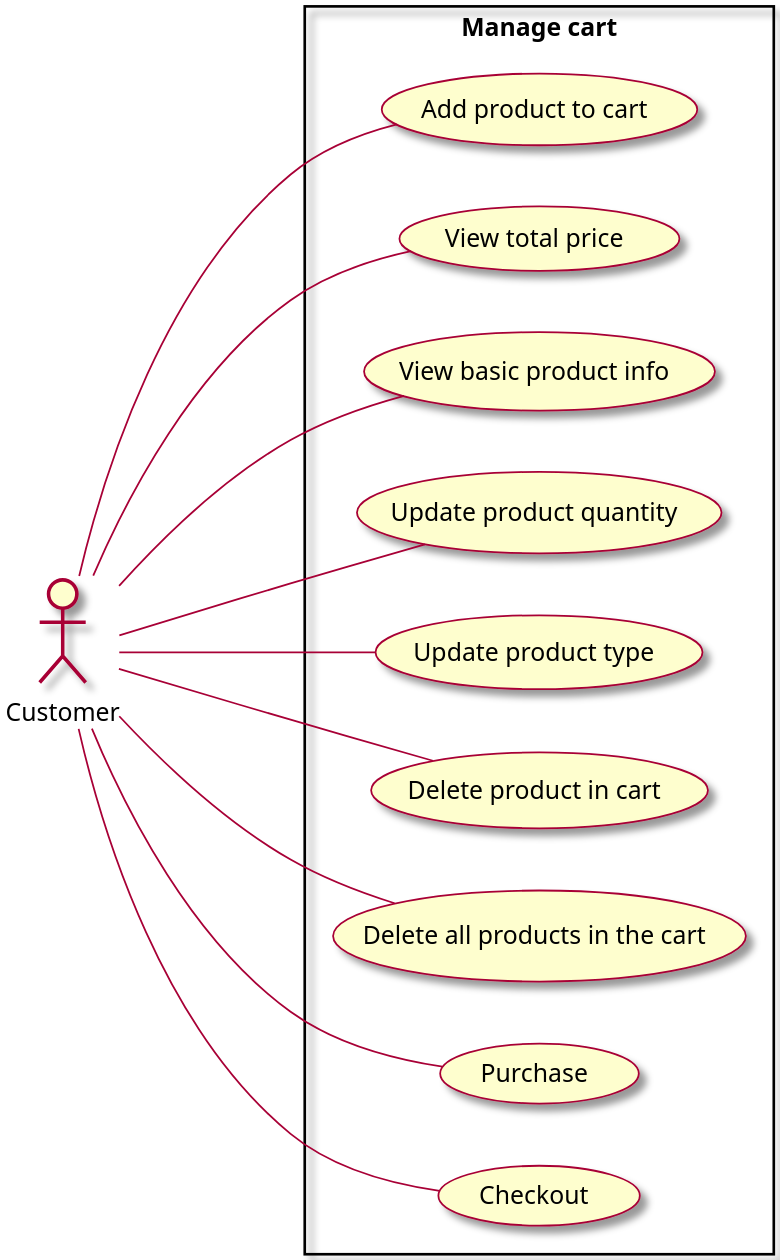
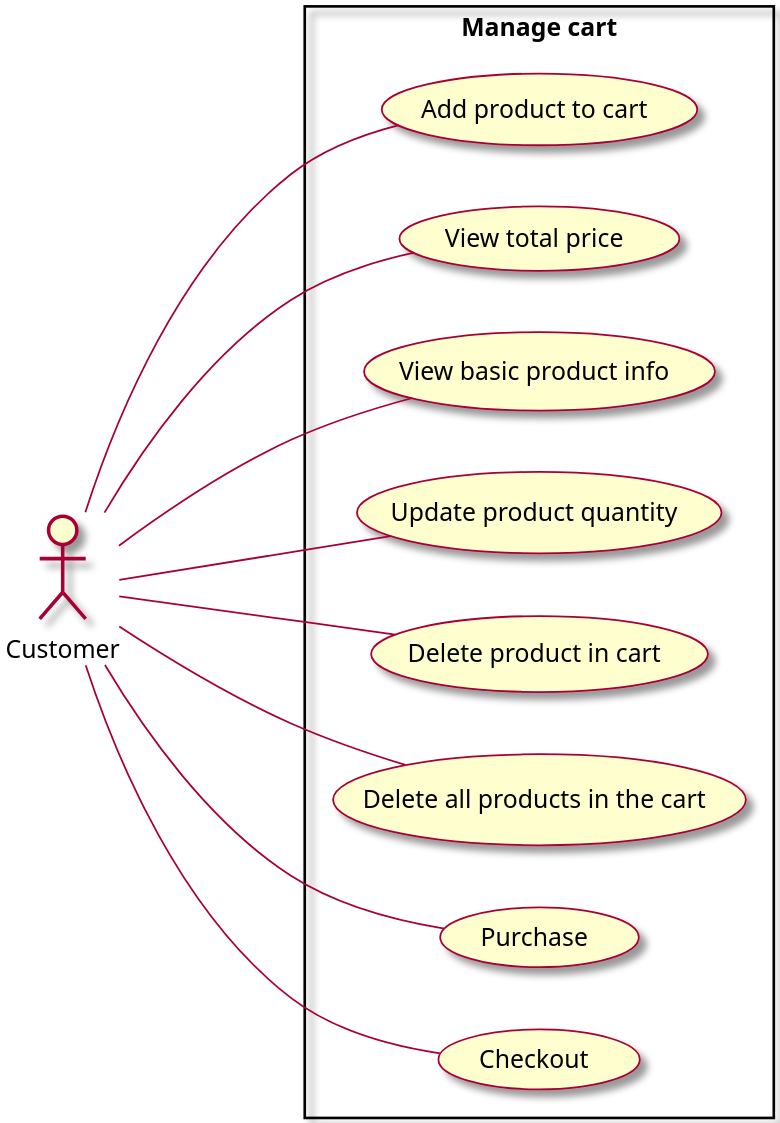
The diagram in Usecase/2. ManageCart.puml (Marowota/ecommerce-plantuml), drawn with PlantUML before and after one commit. The commit also changed 10 other files, not shown here.

```diff
--- a/Usecase/2. ManageCart.puml
+++ b/Usecase/2. ManageCart.puml
@@ -1,31 +1,29 @@
 @startuml ManageCart
 
 left to right direction
 scale 3
 skin rose
 
 actor Customer as customer
 
 rectangle "Manage cart" {
     usecase (Add product to cart) as tspvgh
     usecase (View total price) as xtgt
     usecase (View basic product info) as xttcbcsp
     usecase (Update product quantity) as sslsp
-    usecase (Update product type) as splhsp
     usecase (Delete product in cart) as xsptrgh
     usecase (Delete all products in the cart) as xttcsptrgh
     usecase (Purchase) as pc
     usecase (Checkout) as ckout
 }
 
 customer --- tspvgh
 customer --- xtgt
 customer --- xttcbcsp
 customer --- sslsp
-customer --- splhsp
 customer --- xsptrgh
 customer --- xttcsptrgh
 customer --- pc
 customer --- ckout
 
 @enduml
```
